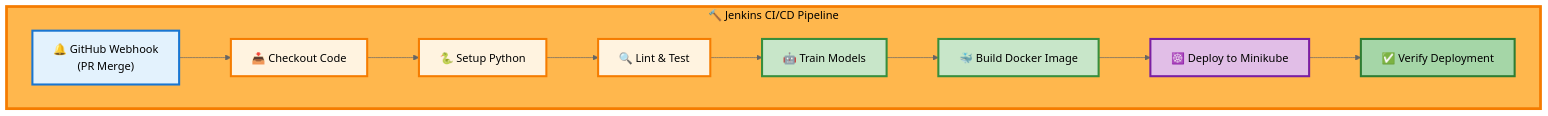
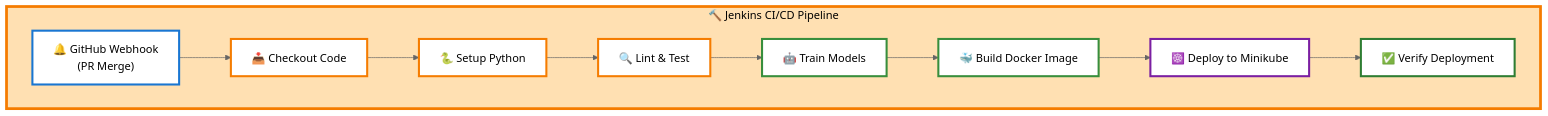
The fifth of 9 diagrams in README.md (2024aa05820/heart-disease-mlops), drawn with Mermaid (neutral theme) before and after one commit. The commit also changed other lines of this file, not shown here.

First line of the commit message:
Fix Mermaid diagram text visibility - use white backgrounds for nodes

````diff
--- a/README.md
+++ b/README.md
@@ -347,22 +347,22 @@
 ```mermaid
 graph TB
     subgraph JEN_PIPELINE["🔨 Jenkins CI/CD Pipeline"]
         A["🔔 GitHub Webhook<br/>(PR Merge)"] --> B["📥 Checkout Code"]
         B --> C["🐍 Setup Python"]
         C --> D["🔍 Lint & Test"]
         D --> E["🤖 Train Models"]
         E --> F["🐳 Build Docker Image"]
         F --> G["☸️ Deploy to Minikube"]
         G --> H["✅ Verify Deployment"]
     end
     
-    style JEN_PIPELINE fill:#FFB74D,stroke:#F57C00,stroke-width:4px,color:#000
-    style A fill:#E3F2FD,stroke:#1976D2,stroke-width:3px
-    style B fill:#FFF3E0,stroke:#F57C00,stroke-width:3px
-    style C fill:#FFF3E0,stroke:#F57C00,stroke-width:3px
-    style D fill:#FFF3E0,stroke:#F57C00,stroke-width:3px
-    style E fill:#C8E6C9,stroke:#388E3C,stroke-width:3px
-    style F fill:#C8E6C9,stroke:#388E3C,stroke-width:3px
-    style G fill:#E1BEE7,stroke:#7B1FA2,stroke-width:3px
-    style H fill:#A5D6A7,stroke:#2E7D32,stroke-width:3px
+    style JEN_PIPELINE fill:#FFE0B2,stroke:#F57C00,stroke-width:4px,color:#000000
+    style A fill:#FFFFFF,stroke:#1976D2,stroke-width:3px,color:#000000
+    style B fill:#FFFFFF,stroke:#F57C00,stroke-width:3px,color:#000000
+    style C fill:#FFFFFF,stroke:#F57C00,stroke-width:3px,color:#000000
+    style D fill:#FFFFFF,stroke:#F57C00,stroke-width:3px,color:#000000
+    style E fill:#FFFFFF,stroke:#388E3C,stroke-width:3px,color:#000000
+    style F fill:#FFFFFF,stroke:#388E3C,stroke-width:3px,color:#000000
+    style G fill:#FFFFFF,stroke:#7B1FA2,stroke-width:3px,color:#000000
+    style H fill:#FFFFFF,stroke:#2E7D32,stroke-width:3px,color:#000000
 ```
````
